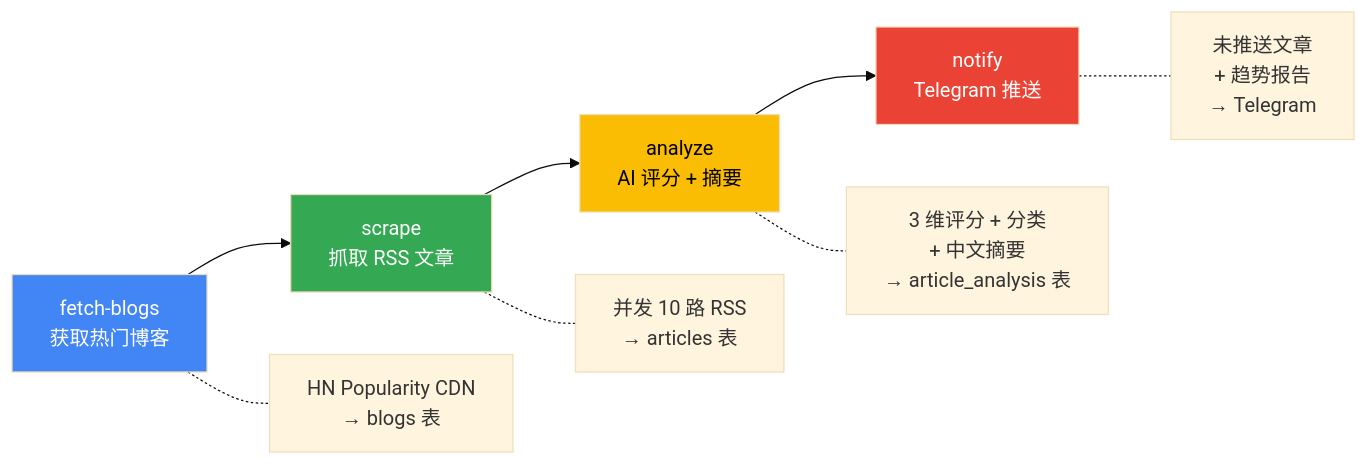
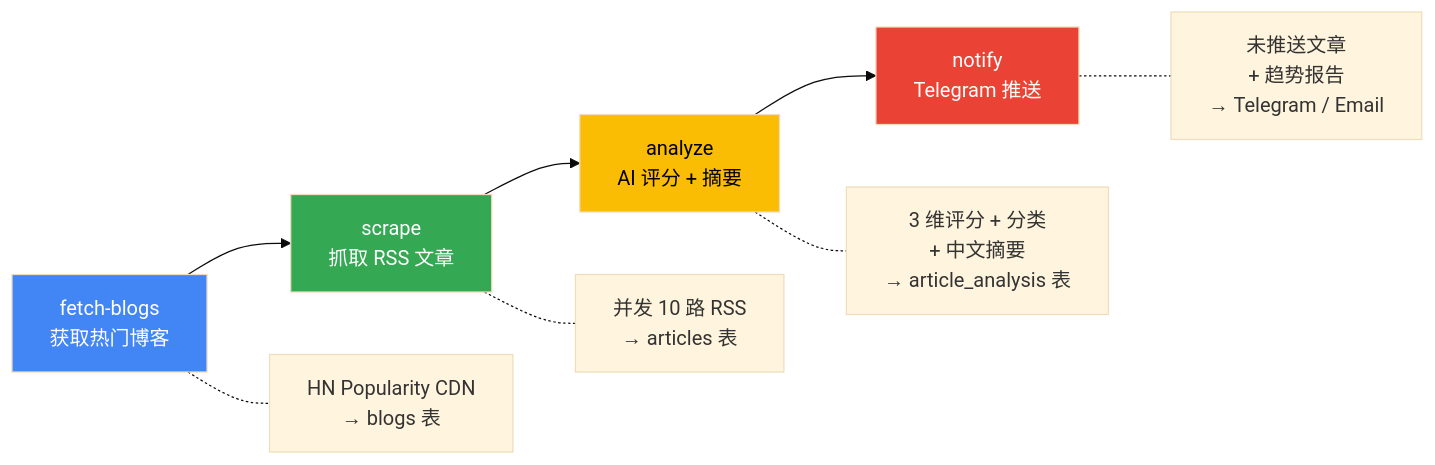
The second of 3 diagrams in README.md (ChyiYaqing/newsbot), drawn with Mermaid (base theme) before and after one commit. The commit also changed other lines of this file and 13 other files, not shown here.

````diff
--- a/README.md
+++ b/README.md
@@ -43,16 +47,16 @@
 ```mermaid
 graph LR
     A["fetch-blogs<br/>获取热门博客"] --> B["scrape<br/>抓取 RSS 文章"]
     B --> C["analyze<br/>AI 评分 + 摘要"]
     C --> D["notify<br/>Telegram 推送"]
 
     A -.- A1["HN Popularity CDN<br/>→ blogs 表"]
     B -.- B1["并发 10 路 RSS<br/>→ articles 表"]
     C -.- C1["3 维评分 + 分类<br/>+ 中文摘要<br/>→ article_analysis 表"]
-    D -.- D1["未推送文章<br/>+ 趋势报告<br/>→ Telegram"]
+    D -.- D1["未推送文章<br/>+ 趋势报告<br/>→ Telegram / Email"]
 
     style A fill:#4285f4,color:#fff
     style B fill:#34a853,color:#fff
     style C fill:#fbbc04,color:#000
     style D fill:#ea4335,color:#fff
 ```
````
